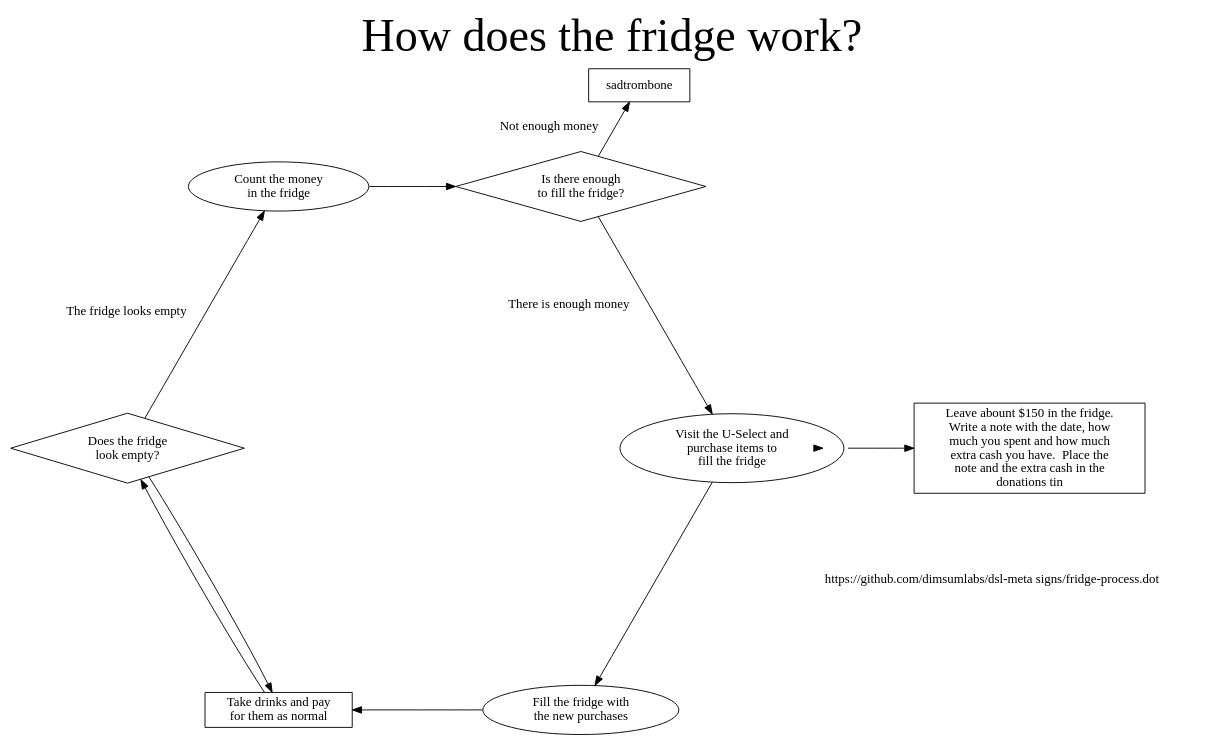
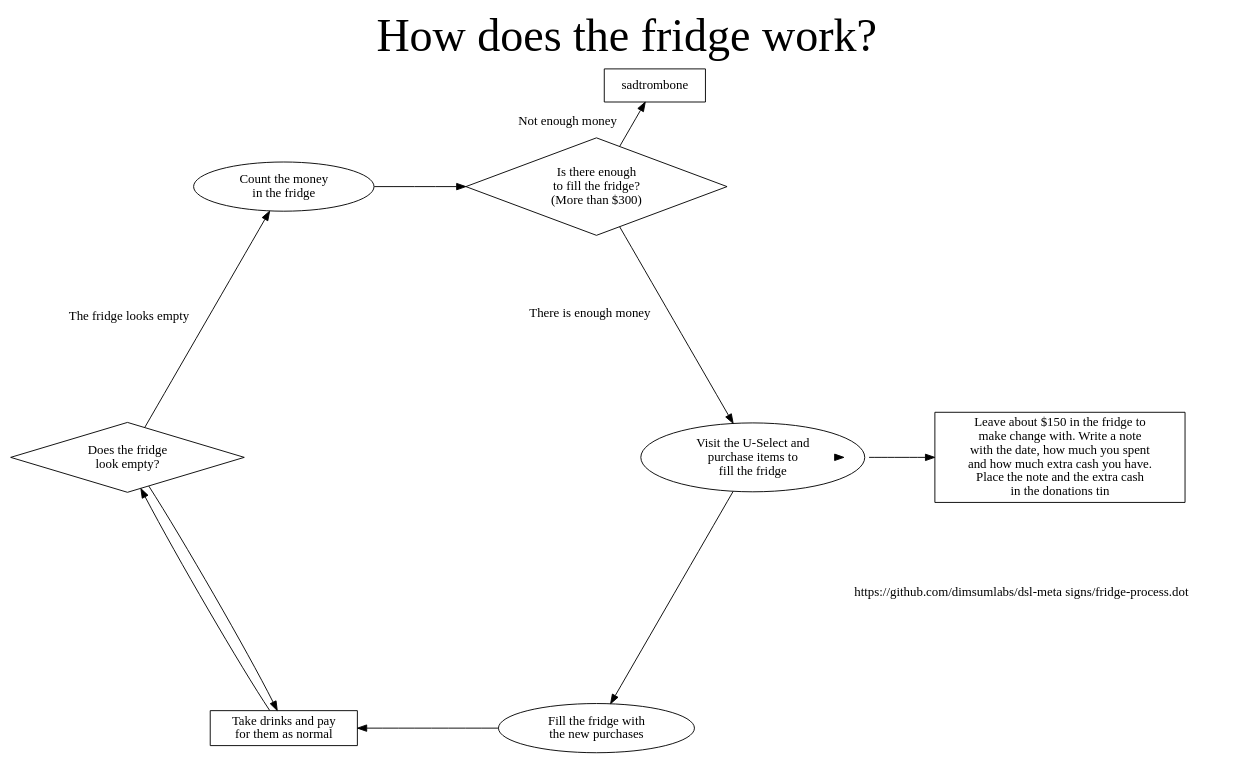
One commit to dimsumlabs/dsl-meta changed the diagram in signs/fridge-process.dot. Above: the diagram before and after it, drawn with Graphviz.

Commit message:
Clarify some of the fridge text

```diff
--- a/signs/fridge-process.dot
+++ b/signs/fridge-process.dot
@@ -1,34 +1,34 @@
 #
 # Show the fridge flowchart
 #
 
 digraph G {
     layout=circo;
 
     fontsize="50";
     labelloc="t";
     label="How does the fridge work?";
 
     lookingempty [shape=diamond label="Does the fridge\nlook empty?"];
     count [shape=ellipse label="Count the money\nin the fridge"];
-    enough [shape=diamond label="Is there enough\nto fill the fridge?"];
+    enough [shape=diamond label="Is there enough\nto fill the fridge?\n(More than $300)"];
     purchase [shape=ellipse label="Visit the U-Select and\npurchase items to\nfill the fridge"];
     fill [shape=ellipse label="Fill the fridge with\nthe new purchases"];
     drink [shape=rectangle label="Take drinks and pay\nfor them as normal"];
     sadtrombone [shape=rectangle];
     spacer [shape=none label=""];
-    note [shape=rectangle label="Leave abount $150 in the fridge.\nWrite a note with the date, how\nmuch you spent and how much\n extra cash you have.  Place the\nnote and the extra cash in the\ndonations tin"];
+    note [shape=rectangle label="Leave about $150 in the fridge to\nmake change with. Write a note\nwith the date, how much you spent\nand how much extra cash you have.\nPlace the note and the extra cash\nin the donations tin"];
 
     ref [shape=none label="https://github.com/dimsumlabs/dsl-meta signs/fridge-process.dot"];
 
     lookingempty -> count [label="The fridge looks empty"];
     lookingempty -> drink;
     count -> enough;
     enough -> sadtrombone [label="Not enough money"];
 
     enough -> purchase [label="There is enough money  "];
     purchase -> fill;
     purchase -> spacer -> note;
     fill -> drink;
     drink -> lookingempty;
 }
```
